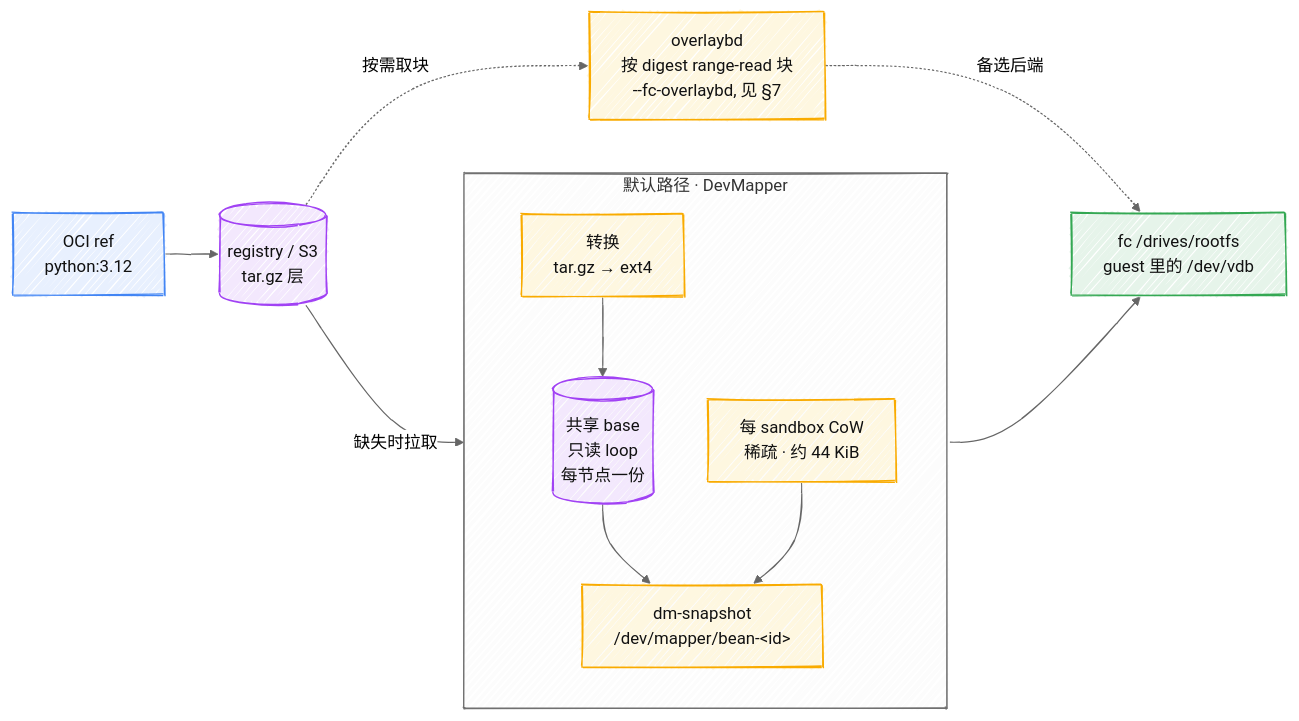
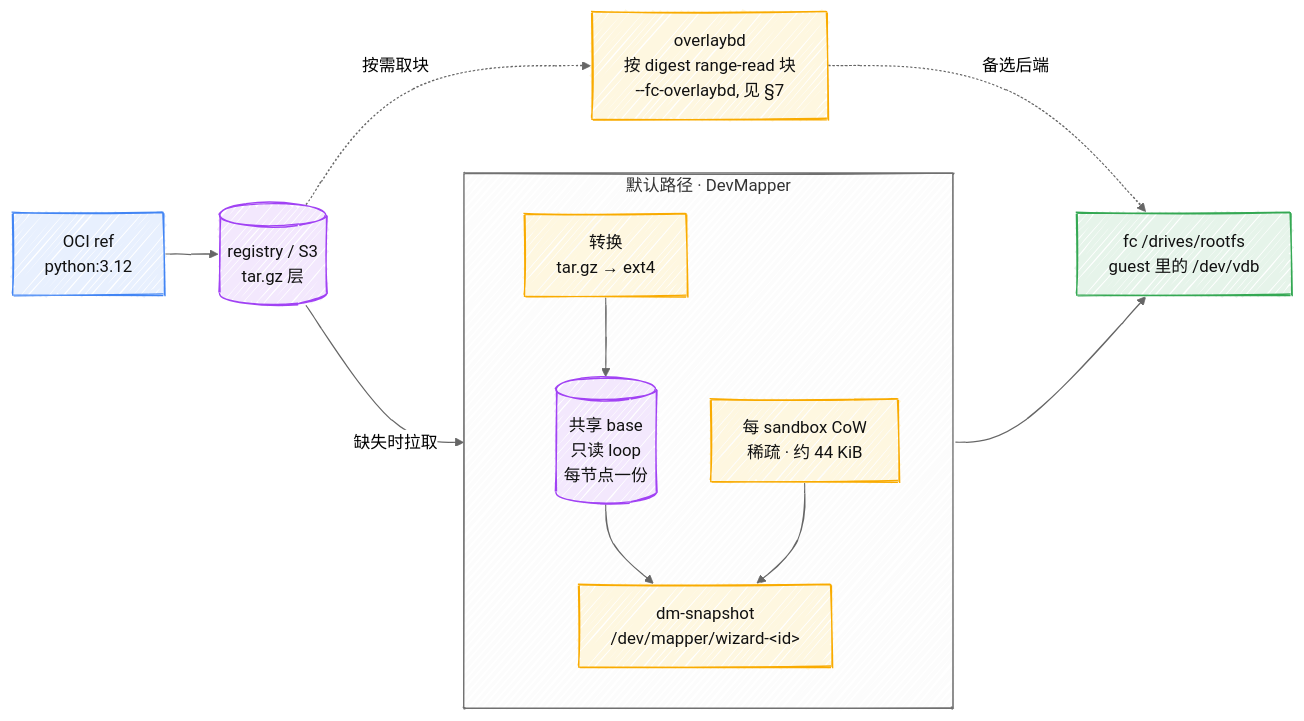
The diagram in docs/zh/image-pipeline.md (garysng/bean), drawn with Mermaid before and after one commit. The commit also changed other lines of this file and 326 other files, not shown here.

First line of the commit message:
rename project bean -> wizard

````diff
--- a/docs/zh/image-pipeline.md
+++ b/docs/zh/image-pipeline.md
@@ -10,41 +10,41 @@
 ```mermaid
 ---
 config:
   look: handDrawn
   theme: neutral
   flowchart:
     curve: basis
 ---
 flowchart LR
   REF["OCI ref<br>python:3.12"]
   REG[("registry / S3<br>tar.gz 层")]
 
   subgraph DEFAULT["默认路径 &middot; DevMapper"]
     direction TB
     CONV["转换<br>tar.gz &rarr; ext4"]
     BASE[("共享 base<br>只读 loop<br>每节点一份")]
     COW["每 sandbox CoW<br>稀疏 &middot; 约 44 KiB"]
-    DM["dm-snapshot<br>/dev/mapper/bean-&lt;id&gt;"]
+    DM["dm-snapshot<br>/dev/mapper/wizard-&lt;id&gt;"]
     CONV --> BASE
     BASE --> DM
     COW --> DM
   end
 
   OBD["overlaybd<br>按 digest range-read 块<br>--fc-overlaybd, 见 §7"]
   VDB["fc /drives/rootfs<br>guest 里的 /dev/vdb"]
 
   REF --> REG
   REG -- "缺失时拉取" --> CONV
   REG -. "按需取块" .-> OBD
   DM --> VDB
   OBD -. "备选后端" .-> VDB
 
   classDef ref fill:#E8F0FE,stroke:#4285F4,color:#111;
   classDef store fill:#F3E8FD,stroke:#A142F4,color:#111;
   classDef work fill:#FEF7E0,stroke:#F9AB00,color:#111;
   classDef out fill:#E6F4EA,stroke:#34A853,color:#111;
   class REF ref;
   class REG,BASE store;
   class CONV,COW,DM,OBD work;
   class VDB out;
 ```
````
